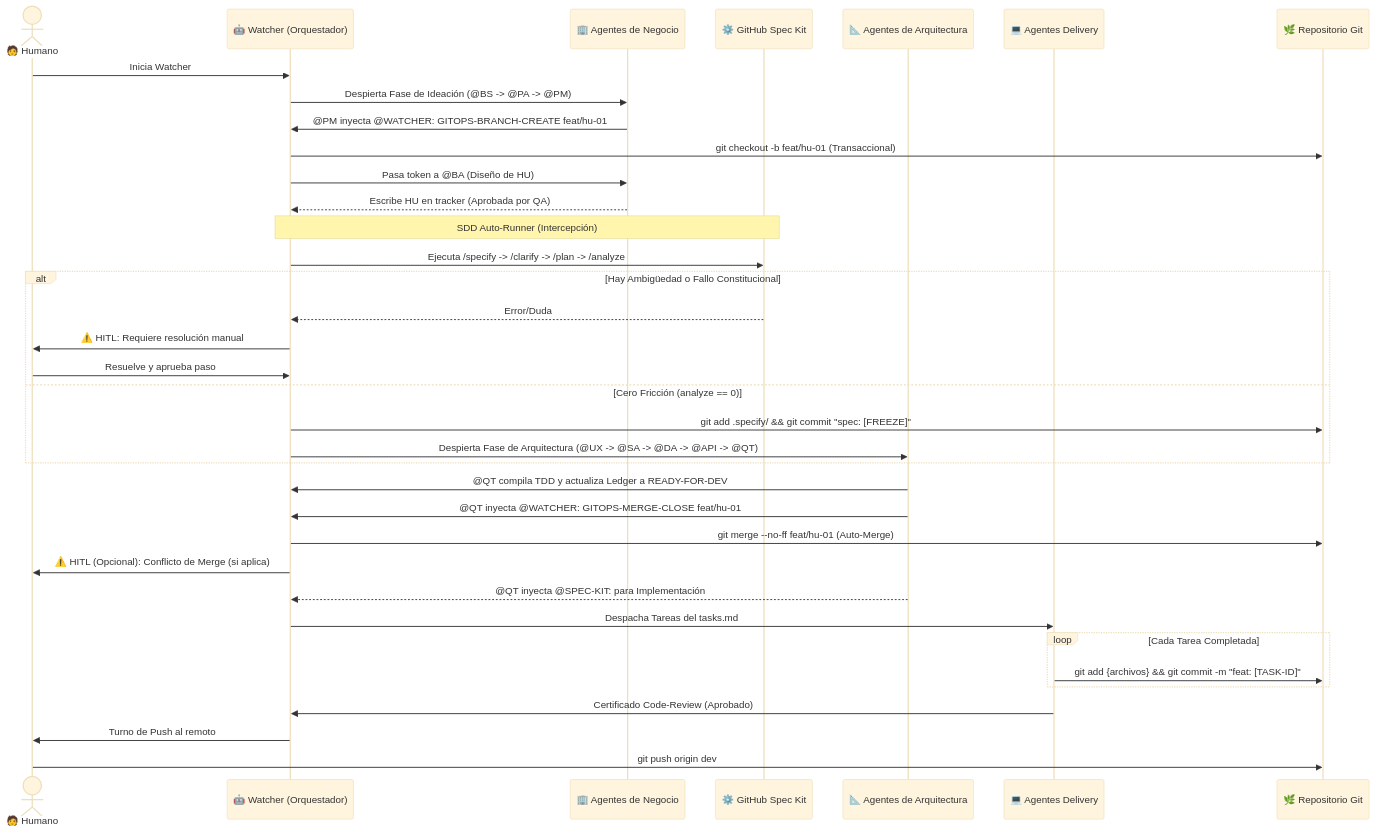
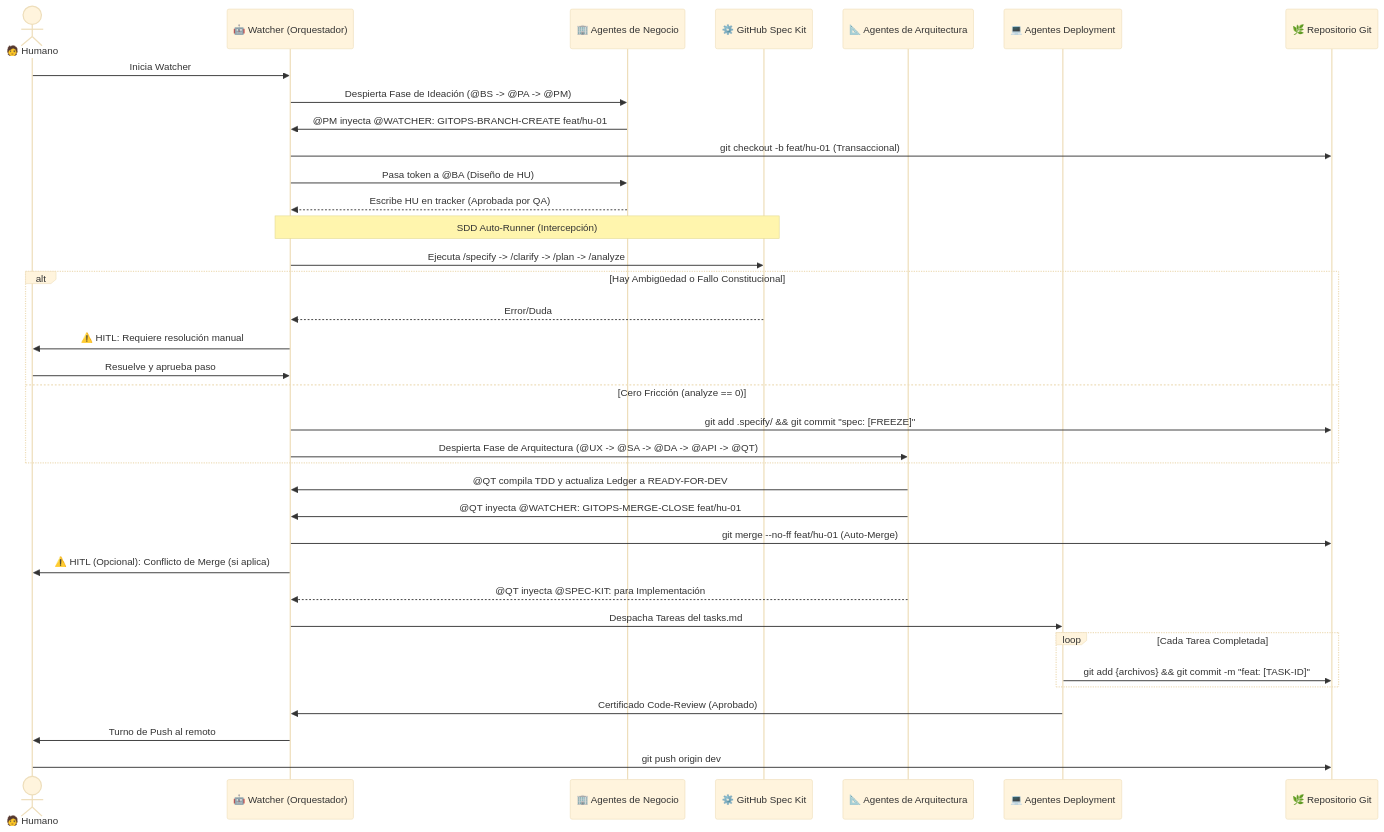
The second of 4 diagrams in framework_bmad.md (pauloravicaceres/template-bmad), drawn with Mermaid (base theme) before and after one commit. The commit also changed other lines of this file and 318 other files, not shown here.

````diff
--- a/framework_bmad.md
+++ b/framework_bmad.md
@@ -116,44 +116,44 @@
 ```mermaid
 sequenceDiagram
     actor H as 🧑 Humano
     participant W as 🤖 Watcher (Orquestador)
     participant B as 🏢 Agentes de Negocio
     participant S as ⚙️ GitHub Spec Kit
     participant A as 📐 Agentes de Arquitectura
-    participant D as 💻 Agentes Delivery
+    participant D as 💻 Agentes Deployment
     participant G as 🌿 Repositorio Git
 
     H->>W: Inicia Watcher
     W->>B: Despierta Fase de Ideación (@BS -> @PA -> @PM)
     B->>W: @PM inyecta @WATCHER: GITOPS-BRANCH-CREATE feat/hu-01
     W->>G: git checkout -b feat/hu-01 (Transaccional)
     W->>B: Pasa token a @BA (Diseño de HU)
     B-->>W: Escribe HU en tracker (Aprobada por QA)
     
     note over W,S: SDD Auto-Runner (Intercepción)
     W->>S: Ejecuta /specify -> /clarify -> /plan -> /analyze
     
     alt Hay Ambigüedad o Fallo Constitucional
         S-->>W: Error/Duda
         W->>H: ⚠️ HITL: Requiere resolución manual
         H->>W: Resuelve y aprueba paso
     else Cero Fricción (analyze == 0)
         W->>G: git add .specify/ && git commit "spec: [FREEZE]"
         W->>A: Despierta Fase de Arquitectura (@UX -> @SA -> @DA -> @API -> @QT)
     end
     
     A->>W: @QT compila TDD y actualiza Ledger a READY-FOR-DEV
     A->>W: @QT inyecta @WATCHER: GITOPS-MERGE-CLOSE feat/hu-01
     W->>G: git merge --no-ff feat/hu-01 (Auto-Merge)
     W->>H: ⚠️ HITL (Opcional): Conflicto de Merge (si aplica)
     
     A-->>W: @QT inyecta @SPEC-KIT: para Implementación
     W->>D: Despacha Tareas del tasks.md
     loop Cada Tarea Completada
         D->>G: git add {archivos} && git commit -m "feat: [TASK-ID]"
     end
     
     D->>W: Certificado Code-Review (Aprobado)
     W->>H: Turno de Push al remoto
     H->>G: git push origin dev
 ```
````
